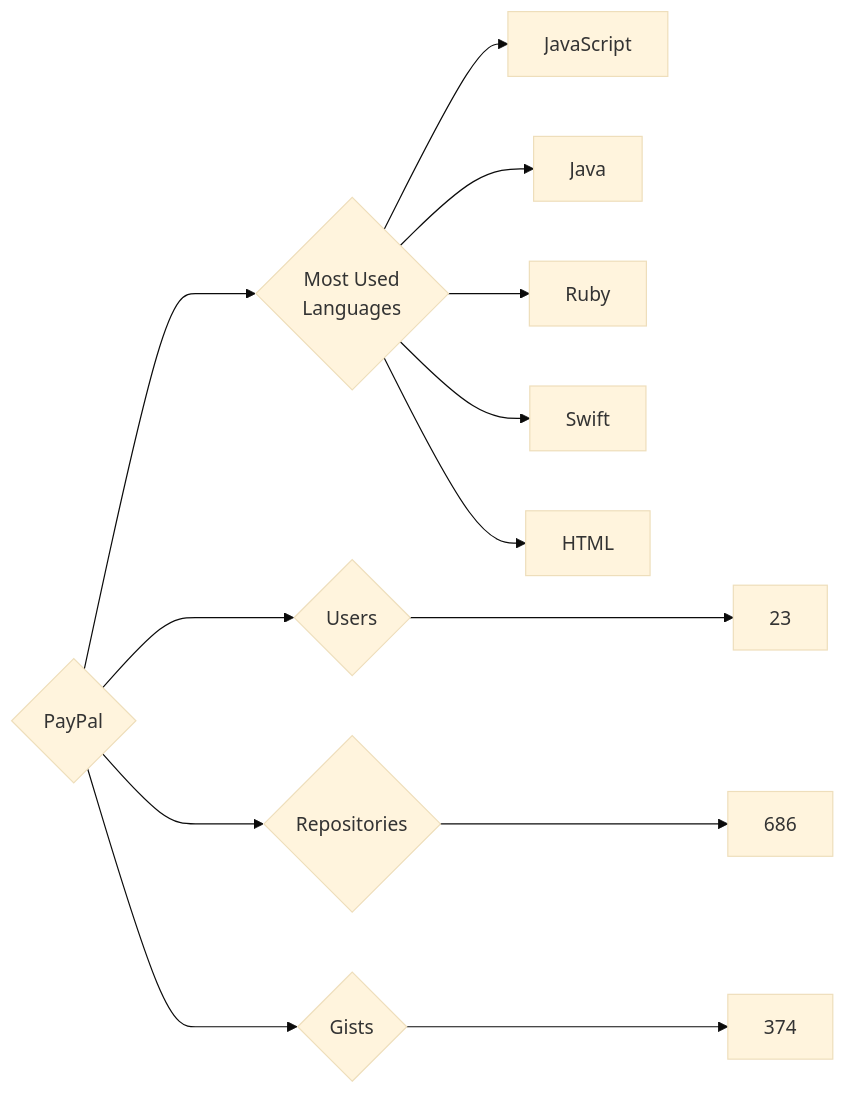
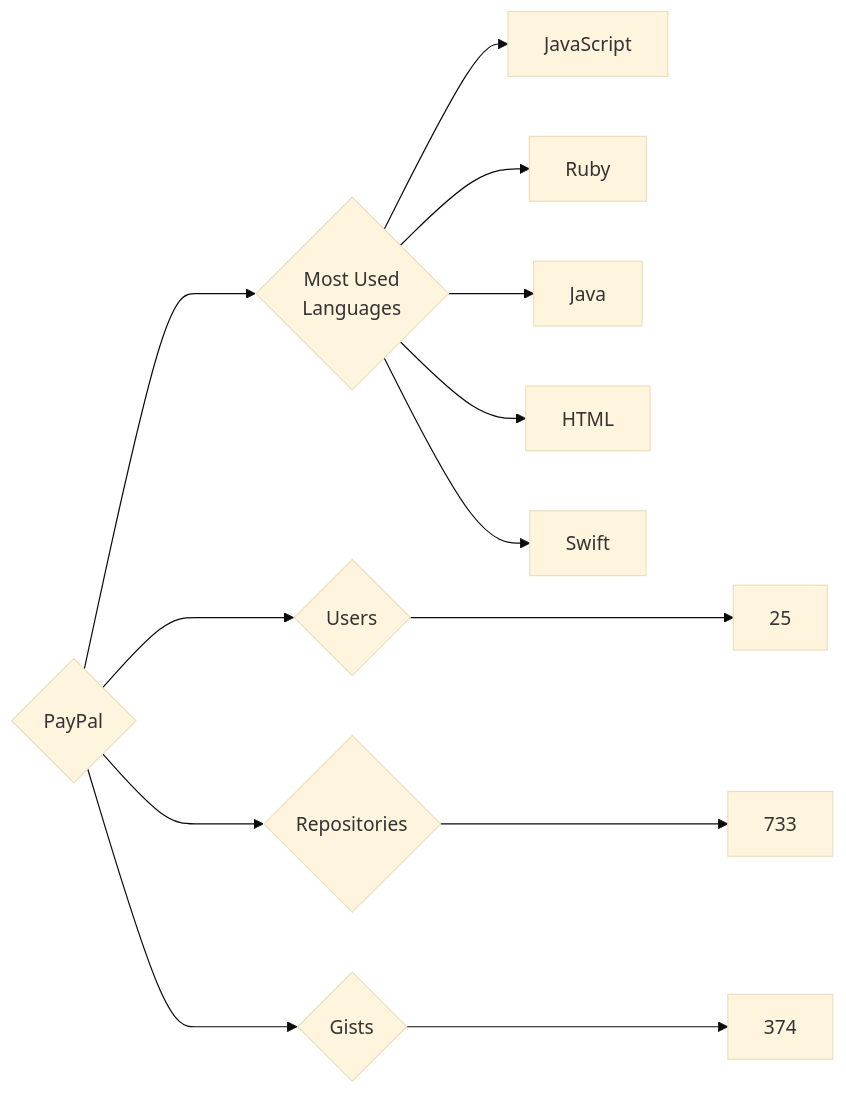
One commit to trickest/insiders changed the diagram in targets/PayPal/README.md. Above: the diagram before and after it, drawn with Mermaid (base theme). The commit also changed 1011 other files, not shown here.

````diff
--- a/targets/PayPal/README.md
+++ b/targets/PayPal/README.md
@@ -3,13 +3,13 @@
 ```mermaid
 graph LR
 COMPANY_NAME{PayPal}
-COMPANY_NAME ---> U{Users} ---> UN[23]
-COMPANY_NAME ---> R{Repositories} ---> RN[686]
+COMPANY_NAME ---> U{Users} ---> UN[25]
+COMPANY_NAME ---> R{Repositories} ---> RN[733]
 COMPANY_NAME ---> G{Gists} ---> GN[374]
 COMPANY_NAME ---> ML{Most Used<br>Languages}
 ML --> JavaScript[JavaScript]
+ML --> Ruby[Ruby]
 ML --> Java[Java]
-ML --> Ruby[Ruby]
+ML --> HTML[HTML]
 ML --> Swift[Swift]
-ML --> HTML[HTML]
 ```
````
